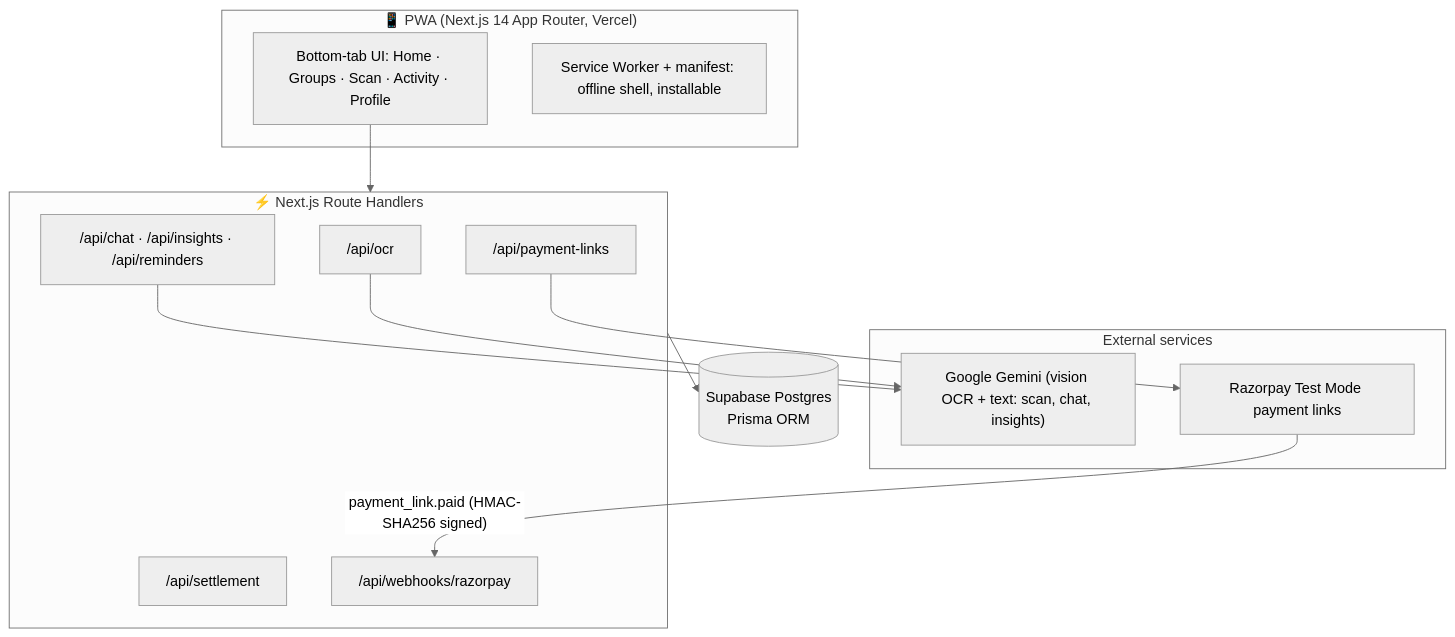
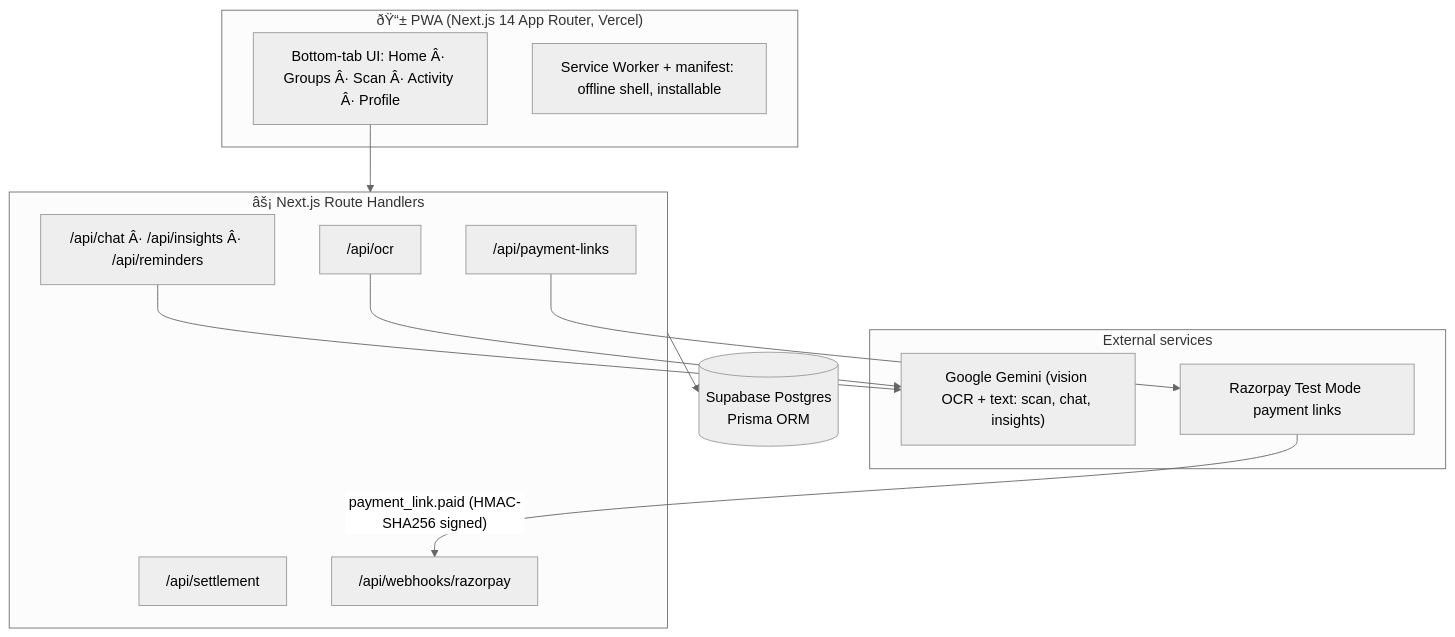
One commit to Bharath-hax/Smart-split-AI changed the diagram in README.md. Above: the diagram before and after it, drawn with Mermaid (neutral theme). The commit also changed other lines of this file and 13 other files, not shown here.

````diff
--- a/README.md
+++ b/README.md
@@ -35,29 +35,29 @@
 ```mermaid
 graph TB
-    subgraph Phone["📱 PWA (Next.js 14 App Router, Vercel)"]
-        UI["Bottom-tab UI: Home · Groups · Scan · Activity · Profile"]
+    subgraph Phone["ðŸ“± PWA (Next.js 14 App Router, Vercel)"]
+        UI["Bottom-tab UI: Home Â· Groups Â· Scan Â· Activity Â· Profile"]
         SW["Service Worker + manifest: offline shell, installable"]
     end
 
-    subgraph API["⚡ Next.js Route Handlers"]
+    subgraph API["âš¡ Next.js Route Handlers"]
         OCR["/api/ocr"]
         SETTLE["/api/settlement"]
         LINKS["/api/payment-links"]
         WEBHOOK["/api/webhooks/razorpay"]
-        CHAT["/api/chat · /api/insights · /api/reminders"]
+        CHAT["/api/chat Â· /api/insights Â· /api/reminders"]
     end
 
     subgraph Ext["External services"]
         GEM["Google Gemini (vision OCR + text: scan, chat, insights)"]
         RZP["Razorpay Test Mode payment links"]
     end
 
     DB[("Supabase Postgres<br/>Prisma ORM")]
 
     UI --> API
     OCR --> GEM
     CHAT --> GEM
     LINKS --> RZP
     RZP -- "payment_link.paid (HMAC-SHA256 signed)" --> WEBHOOK
     API --> DB
 ```
````
